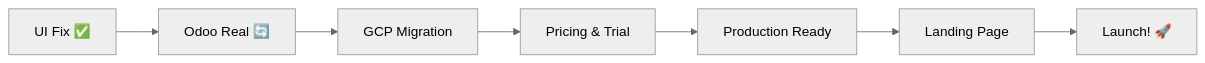
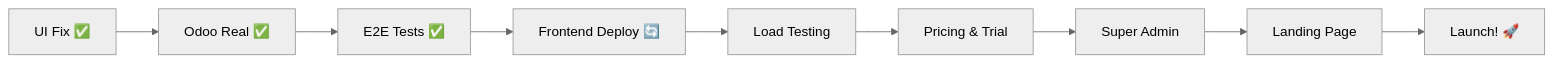
The diagram in docs/phases/PHASE_3_UNIFIED_WORKING_PLAN.md (scubapro711/dental-clinic-ai), drawn with Mermaid (neutral theme) before and after one commit. The commit also changed other lines of this file and 22 other files, not shown here.

First line of the commit message:
feat: Add comprehensive E2E testing suite + Odoo integration complete

````diff
--- a/docs/phases/PHASE_3_UNIFIED_WORKING_PLAN.md
+++ b/docs/phases/PHASE_3_UNIFIED_WORKING_PLAN.md
@@ -80,9 +120,11 @@
 ```mermaid
 graph LR
-    A[UI Fix ✅] --> B[Odoo Real 🔄]
-    B --> C[GCP Migration]
-    C --> D[Pricing & Trial]
-    D --> E[Production Ready]
-    E --> F[Landing Page]
-    F --> G[Launch! 🚀]
+    A[UI Fix ✅] --> B[Odoo Real ✅]
+    B --> C[E2E Tests ✅]
+    C --> D[Frontend Deploy 🔄]
+    D --> E[Load Testing]
+    E --> F[Pricing & Trial]
+    F --> G[Super Admin]
+    G --> H[Landing Page]
+    H --> I[Launch! 🚀]
 ```
````
